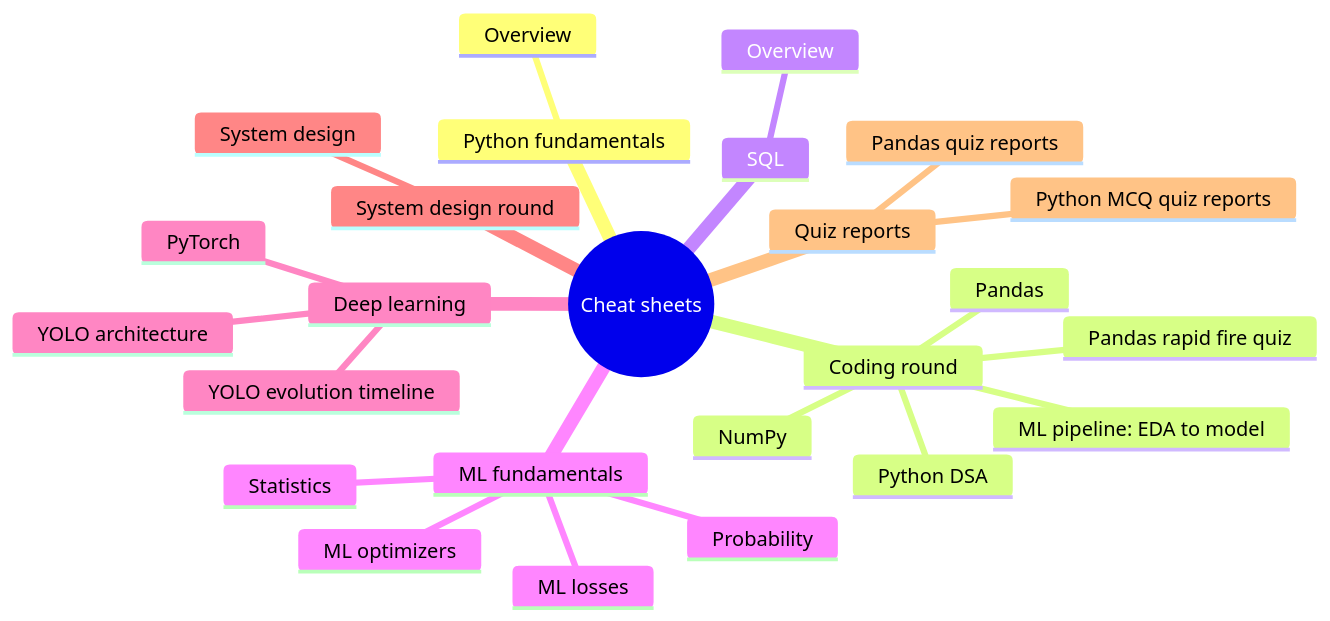
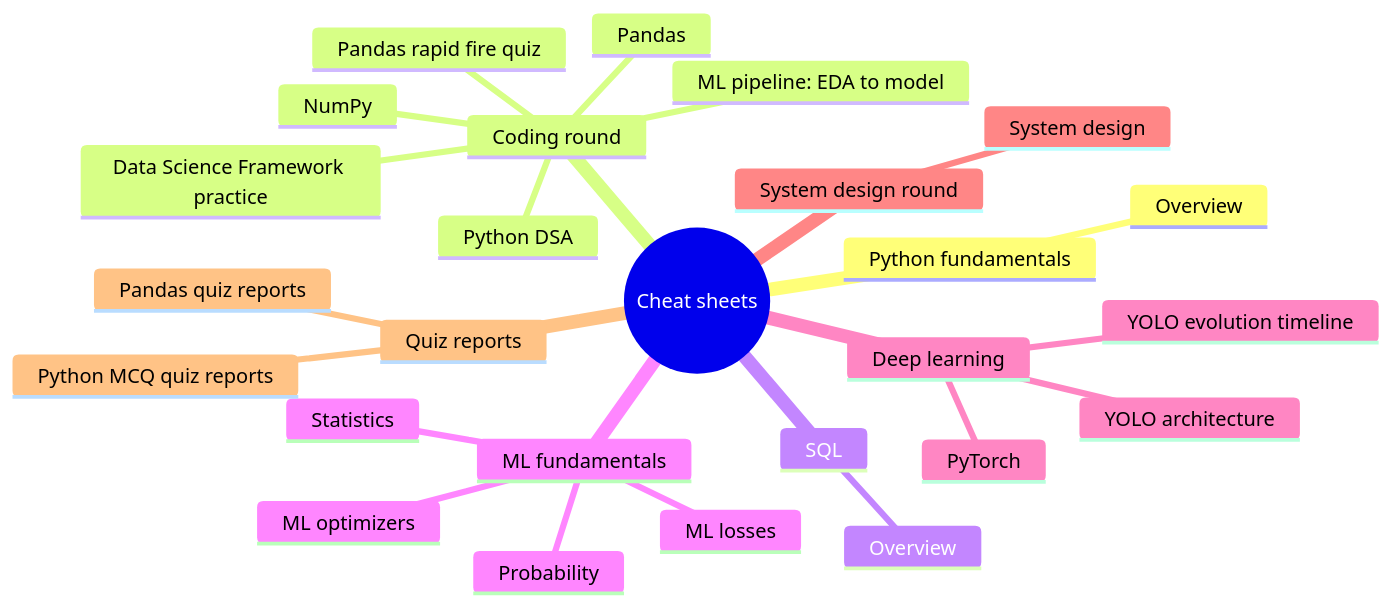
One commit to prateek-mehra/data-science-cheat-sheets changed the diagram in README.md. Above: the diagram before and after it, drawn with Mermaid. The commit also changed 58 other files, not shown here.

First line of the commit message:
Add timed Data Science Framework practice tests (#16)

````diff
--- a/README.md
+++ b/README.md
@@ -18,28 +18,29 @@
 ```mermaid
 mindmap
   root((Cheat sheets))
     Python fundamentals
       Overview
     Coding round
       Python DSA
       NumPy
       Pandas
       ML pipeline: EDA to model
       Pandas rapid fire quiz
+      Data Science Framework practice
     SQL
       Overview
     ML fundamentals
       Probability
       Statistics
       ML optimizers
       ML losses
     Deep learning
       PyTorch
       YOLO architecture
       YOLO evolution timeline
     System design round
       System design
     Quiz reports
       Python MCQ quiz reports
       Pandas quiz reports
 ```
````
